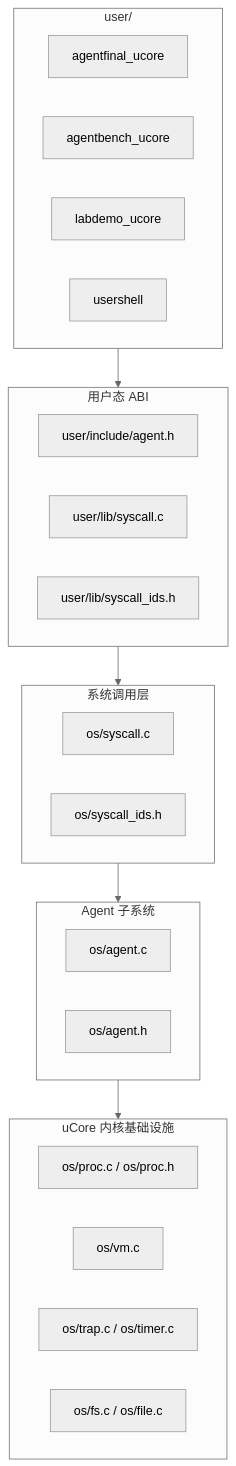
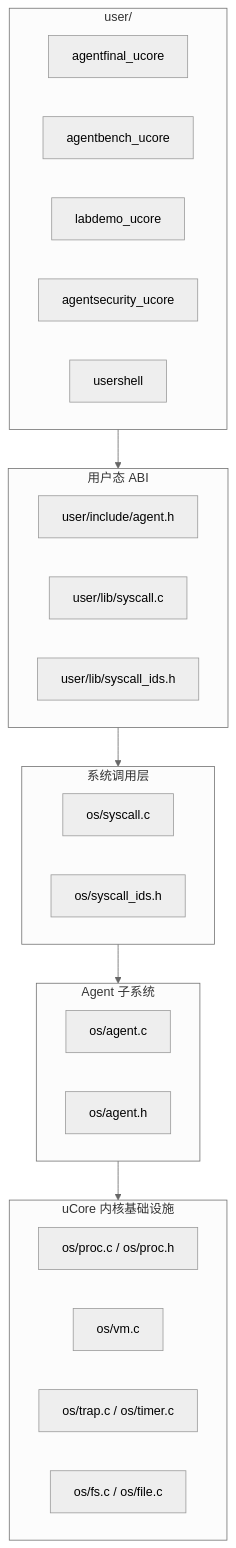
One commit to yushugulao/Agent-OS changed the second of 7 diagrams in docs/design.md. Above: the diagram before and after it, drawn with Mermaid (neutral theme). The commit also changed other lines of this file and 29 other files, not shown here.

````diff
--- a/docs/design.md
+++ b/docs/design.md
@@ -95,29 +96,30 @@
 ```mermaid
 flowchart TB
     subgraph User["user/"]
         U1["agentfinal_ucore"]
         U2["agentbench_ucore"]
         U3["labdemo_ucore"]
-        U4["usershell"]
+        U4["agentsecurity_ucore"]
+        U5["usershell"]
     end
     subgraph ABI["用户态 ABI"]
         A1["user/include/agent.h"]
         A2["user/lib/syscall.c"]
         A3["user/lib/syscall_ids.h"]
     end
     subgraph Sys["系统调用层"]
         S1["os/syscall.c"]
         S2["os/syscall_ids.h"]
     end
     subgraph Agent["Agent 子系统"]
         K1["os/agent.c"]
         K2["os/agent.h"]
     end
     subgraph Kernel["uCore 内核基础设施"]
         P1["os/proc.c / os/proc.h"]
         V1["os/vm.c"]
         T1["os/trap.c / os/timer.c"]
         F1["os/fs.c / os/file.c"]
     end
     User --> ABI --> Sys --> Agent --> Kernel
 ```
````
